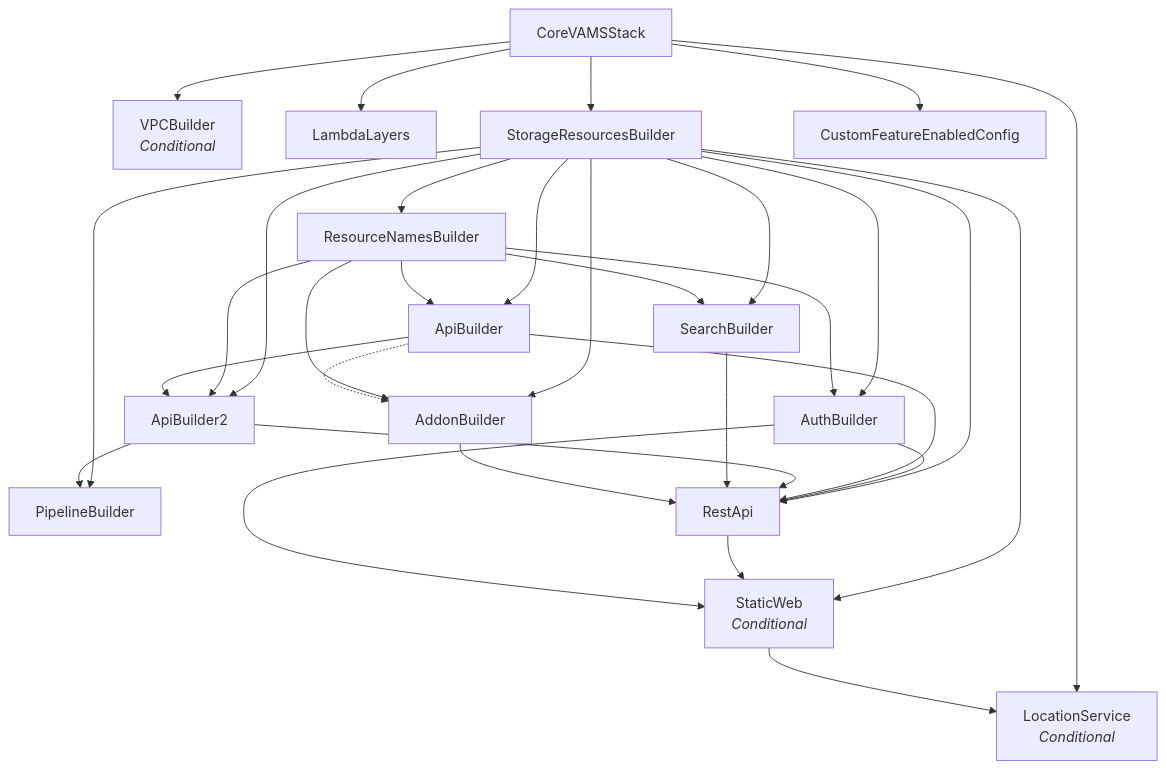
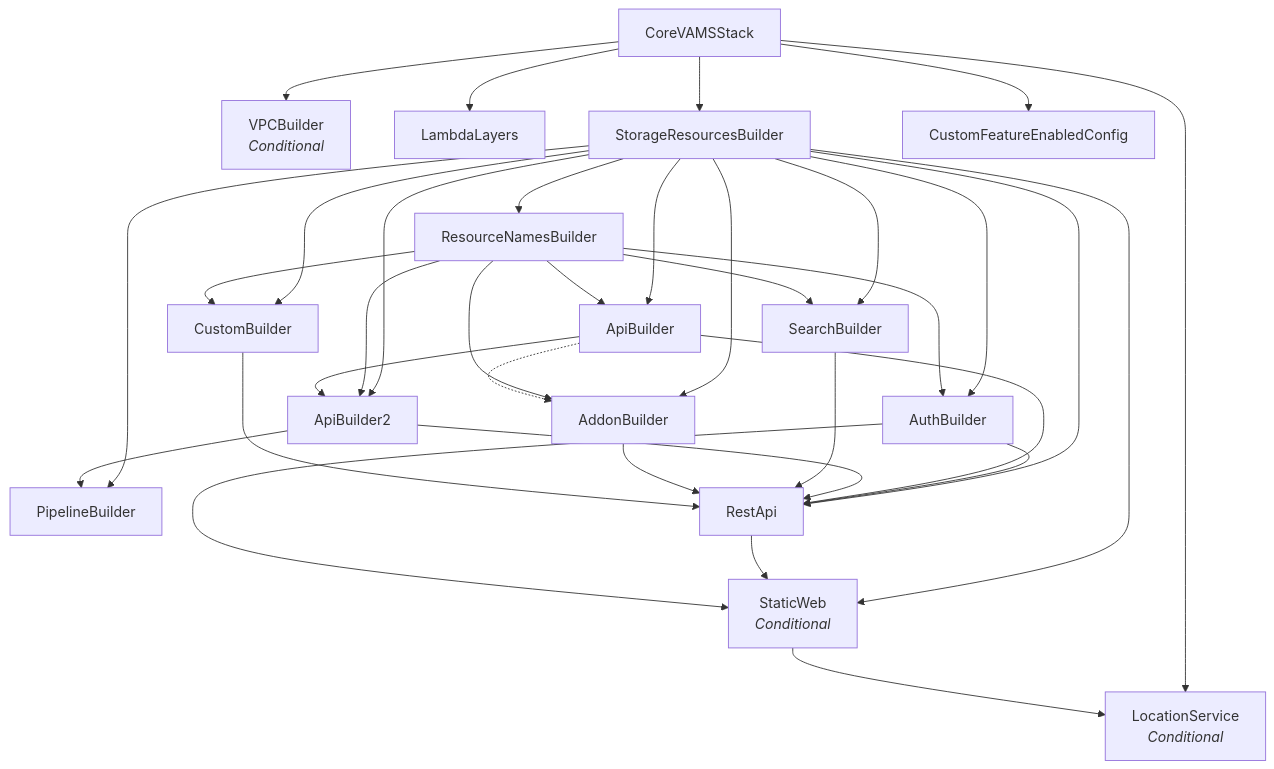
One commit to awslabs/visual-asset-management-system changed the sixth of 6 diagrams in documentation/docusaurus-site/docs/architecture/details.md. Above: the diagram before and after it, drawn with Mermaid. The commit also changed other lines of this file and 3 other files, not shown here.

Commit message:
fix(docs): add CustomBuilder to the nested-stack diagrams and count 15 core nested stacks (C-173)

````diff
--- a/documentation/docusaurus-site/docs/architecture/details.md
+++ b/documentation/docusaurus-site/docs/architecture/details.md
@@ -303,44 +303,48 @@
 ```mermaid
 graph TD
     Core["CoreVAMSStack"]
 
     Core --> VPC["VPCBuilder<br/><i>Conditional</i>"]
     Core --> LL["LambdaLayers"]
     Core --> SRB["StorageResourcesBuilder"]
     Core --> LS["LocationService<br/><i>Conditional</i>"]
     Core --> FE["CustomFeatureEnabledConfig"]
 
     SRB --> RNB["ResourceNamesBuilder"]
 
     SRB --> AB["AuthBuilder"]
     RNB --> AB
 
     SRB --> APIBuild["ApiBuilder"]
     RNB --> APIBuild
 
     SRB --> APIBuild2["ApiBuilder2"]
     RNB --> APIBuild2
     APIBuild --> APIBuild2
 
     SRB --> SearchB["SearchBuilder"]
     RNB --> SearchB
 
     SRB --> PB["PipelineBuilder"]
     APIBuild2 --> PB
 
     SRB --> Addon["AddonBuilder"]
     RNB --> Addon
     APIBuild -.-> Addon
 
+    SRB --> Custom["CustomBuilder"]
+    RNB --> Custom
+
     SRB --> REST["RestApi"]
     AB --> REST
     APIBuild --> REST
     APIBuild2 --> REST
     SearchB --> REST
     Addon --> REST
+    Custom --> REST
 
     SRB --> SW["StaticWeb<br/><i>Conditional</i>"]
     REST --> SW
     AB --> SW
     SW --> LS
 ```
````
